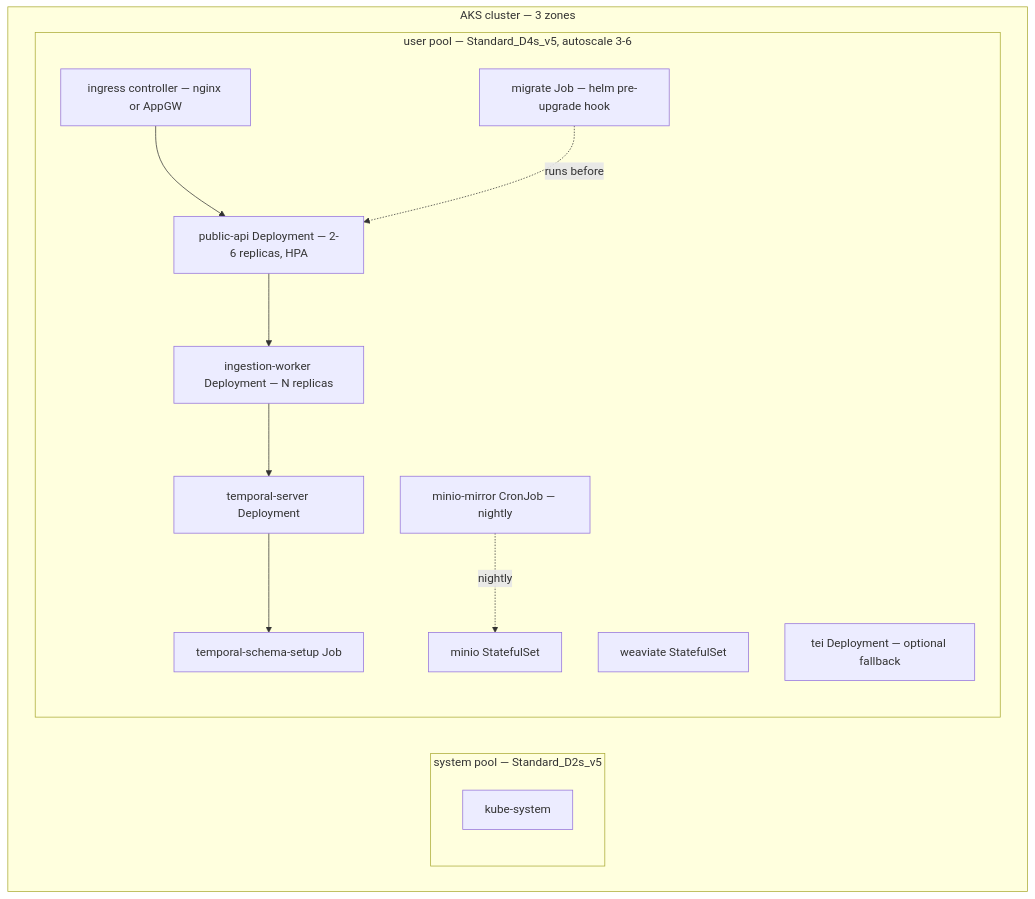
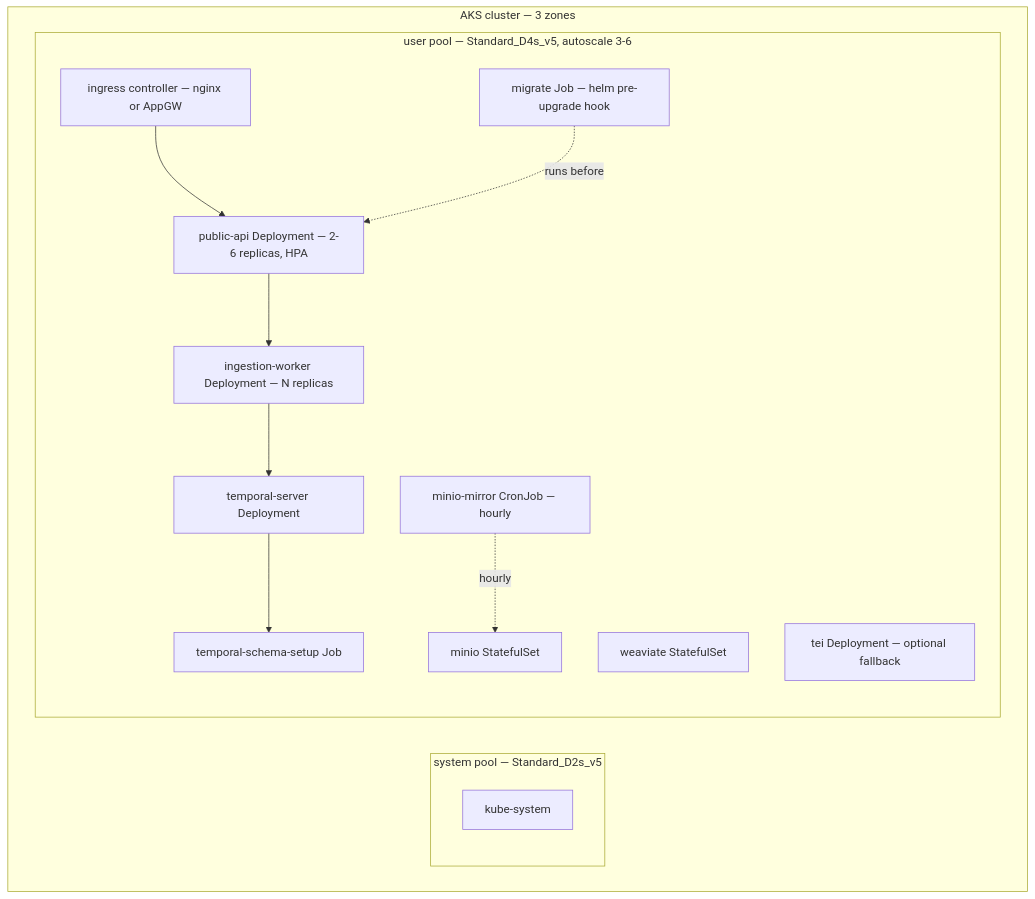
One commit to inherent-prime/inherent changed the fifth of 6 diagrams in docs/deploy/azure.md. Above: the diagram before and after it, drawn with Mermaid. The commit also changed other lines of this file and 56 other files, not shown here.

````diff
--- a/docs/deploy/azure.md
+++ b/docs/deploy/azure.md
@@ -206,27 +206,27 @@
 ```mermaid
 graph TB
     subgraph aks["AKS cluster — 3 zones"]
         subgraph syspool["system pool — Standard_D2s_v5"]
             core["kube-system"]
         end
         subgraph userpool["user pool — Standard_D4s_v5, autoscale 3-6"]
             ing["ingress controller — nginx or AppGW"]
             api["public-api Deployment — 2-6 replicas, HPA"]
             worker["ingestion-worker Deployment — N replicas"]
             weav["weaviate StatefulSet"]
             minio["minio StatefulSet"]
-            mirror["minio-mirror CronJob — nightly"]
+            mirror["minio-mirror CronJob — hourly"]
             temporal["temporal-server Deployment"]
             tschema["temporal-schema-setup Job"]
             migrate["migrate Job — helm pre-upgrade hook"]
             tei["tei Deployment — optional fallback"]
         end
     end
 
     ing --> api
     api --> worker
     worker --> temporal
     temporal --> tschema
     migrate -.->|runs before| api
-    mirror -.->|nightly| minio
+    mirror -.->|hourly| minio
 ```
````
